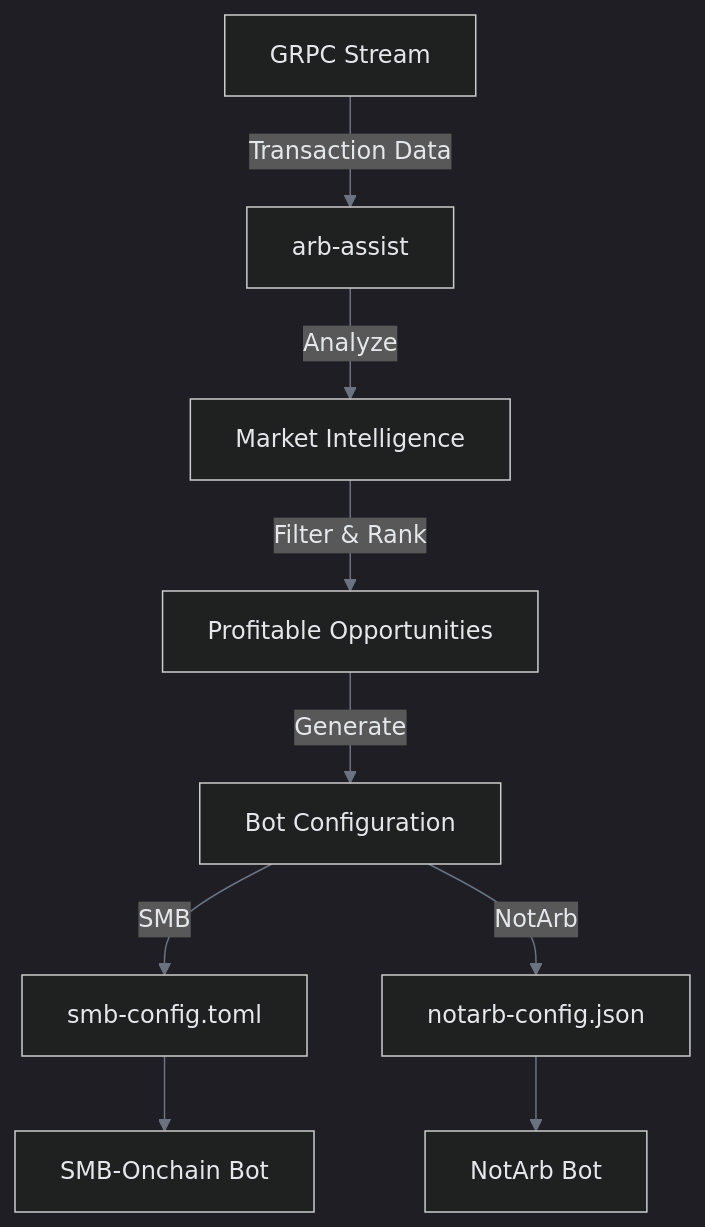
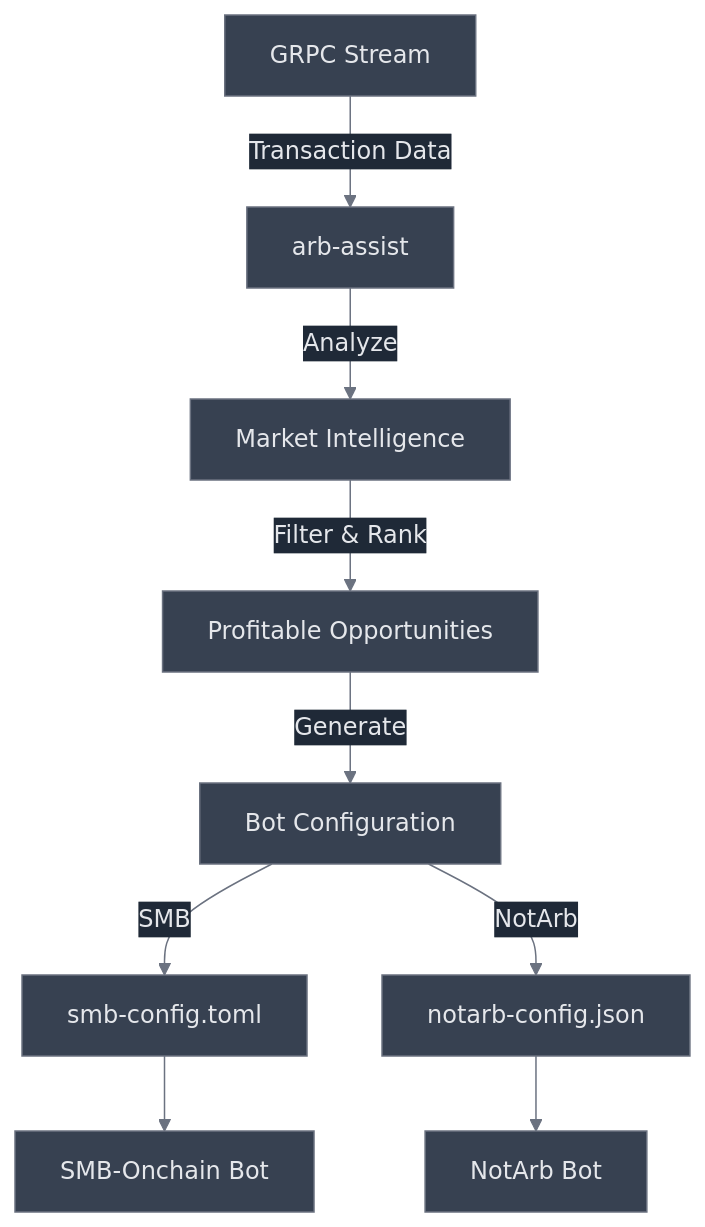
The diagram in docs/introduction/overview.md (capicua4454/arb-assist), drawn with Mermaid before and after one commit.

Commit message:
mermaid base test

````diff
--- a/docs/introduction/overview.md
+++ b/docs/introduction/overview.md
@@ -30,12 +30,12 @@
 ```mermaid
-%%{ init: { 'theme': 'dark', 'themeVariables': { 'background': '#1e1e1e', 'primaryColor': '#374151', 'primaryTextColor': '#e5e7eb', 'primaryBorderColor': '#6b7280', 'lineColor': '#6b7280', 'secondaryColor': '#1f2937', 'tertiaryColor': '#111827', 'textColor': '#e5e7eb' } } }%%
+%%{ init: { 'theme': 'base', 'themeVariables': { 'background': '#1e1e1e', 'primaryColor': '#374151', 'primaryTextColor': '#e5e7eb', 'primaryBorderColor': '#6b7280', 'lineColor': '#6b7280', 'secondaryColor': '#1f2937', 'tertiaryColor': '#111827', 'textColor': '#e5e7eb' } } }%%
 graph TD
     A[GRPC Stream] -->|Transaction Data| B[arb-assist]
     B -->|Analyze| C[Market Intelligence]
     C -->|Filter & Rank| D[Profitable Opportunities]
     D -->|Generate| E[Bot Configuration]
     E -->|SMB| F[smb-config.toml]
     E -->|NotArb| G[notarb-config.json]
     F --> H[SMB-Onchain Bot]
     G --> I[NotArb Bot]
 ```
````
